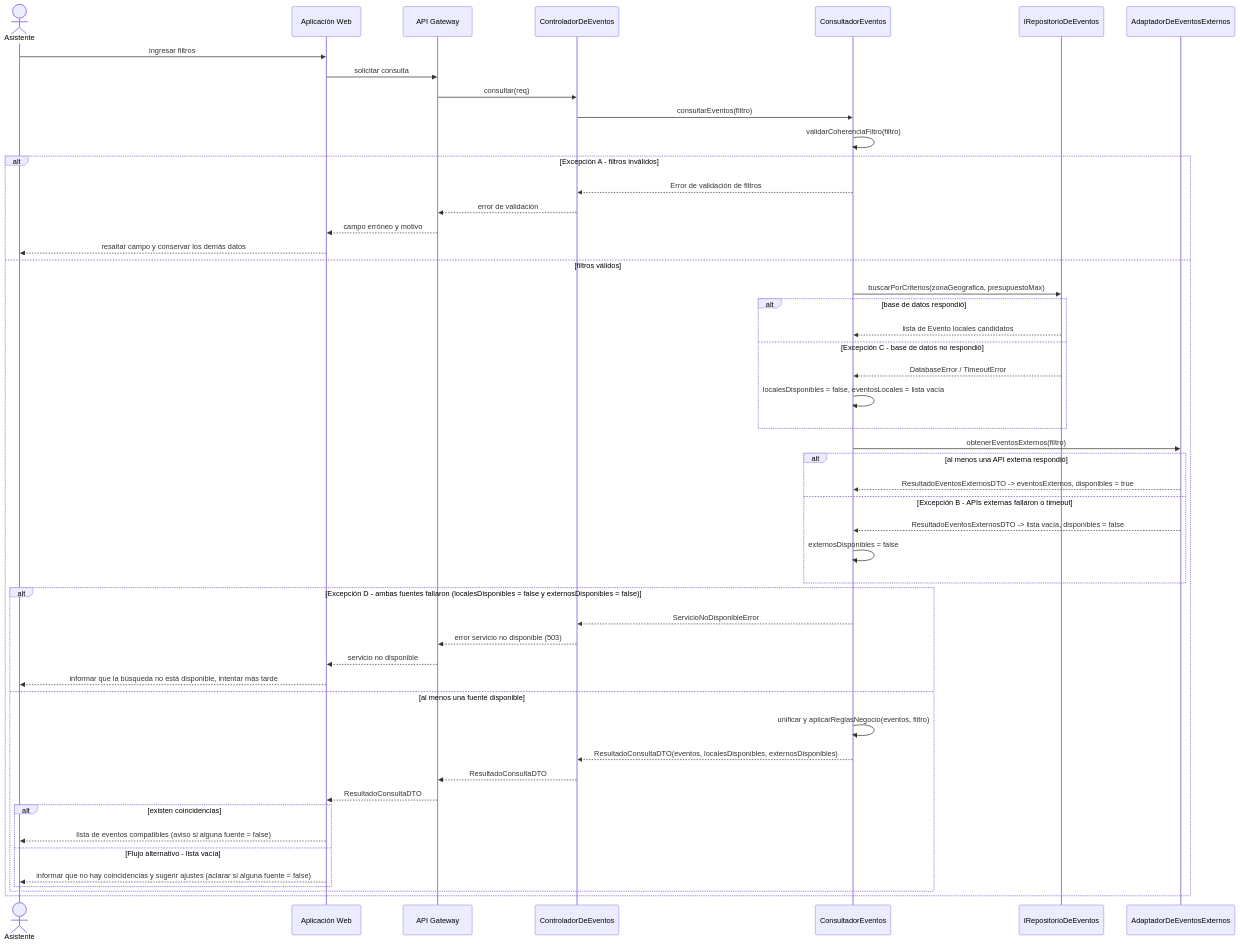
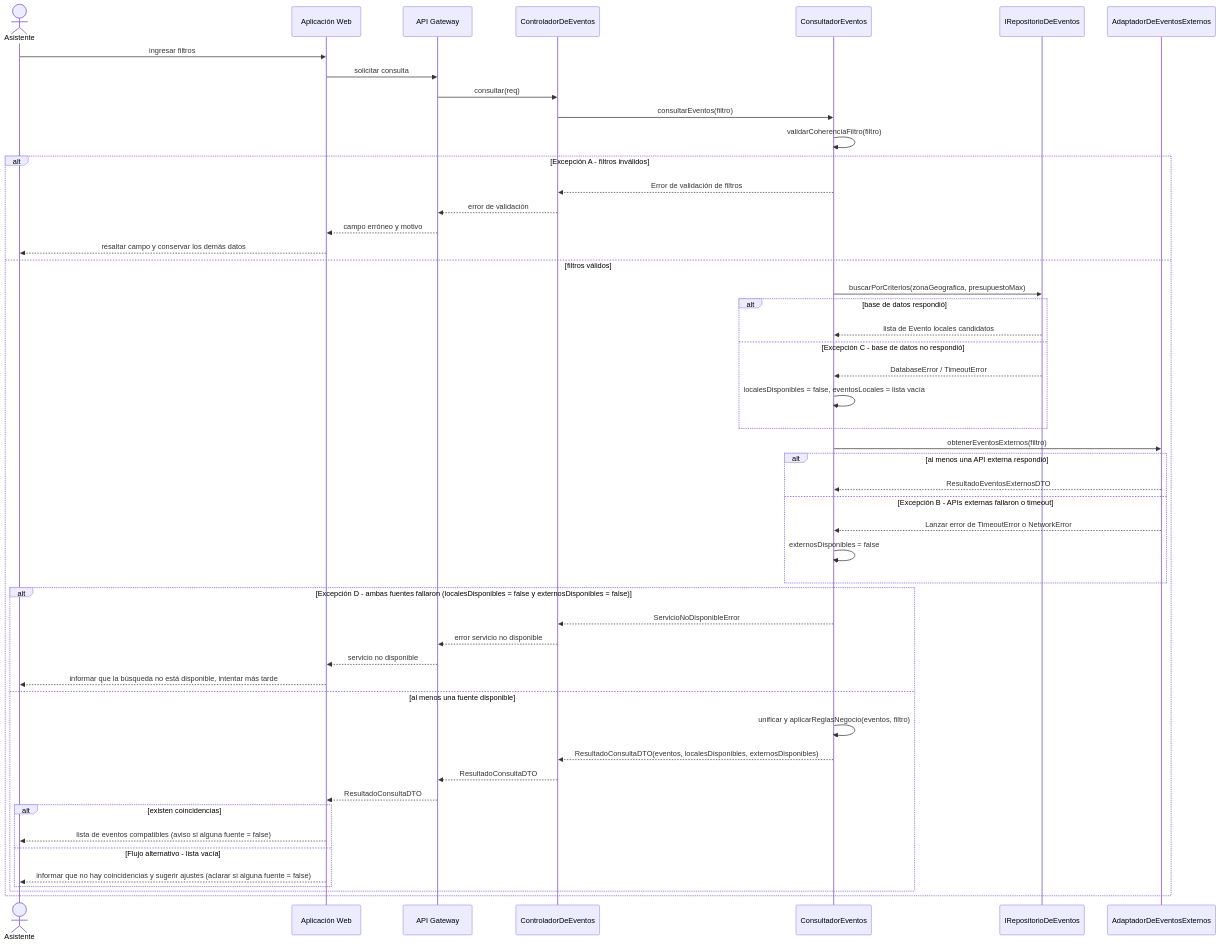
One commit to ProyectPlanning/Sistema_de_eventos changed the second of 2 diagrams in mermeids.md. Above: the diagram before and after it, drawn with Mermaid.

Commit message:
Refine error handling for external API responses
Updated error handling and response messages for external APIs in mermeids.md.

````diff
--- a/mermeids.md
+++ b/mermeids.md
@@ -87,59 +87,59 @@
 ```mermaid
 sequenceDiagram
     actor U as Asistente
     participant WEB as Aplicación Web
     participant GW as API Gateway
     participant CE as ControladorDeEventos
     participant CO as ConsultadorEventos
     participant REP as IRepositorioDeEventos
     participant EXT as AdaptadorDeEventosExternos
 
     U->>WEB: ingresar filtros
     WEB->>GW: solicitar consulta
     GW->>CE: consultar(req)
     CE->>CO: consultarEventos(filtro)
     CO->>CO: validarCoherenciaFiltro(filtro)
 
     alt Excepción A - filtros inválidos
         CO-->>CE: Error de validación de filtros
         CE-->>GW: error de validación
         GW-->>WEB: campo erróneo y motivo
         WEB-->>U: resaltar campo y conservar los demás datos
     else filtros válidos
         CO->>REP: buscarPorCriterios(zonaGeografica, presupuestoMax)
 
         alt base de datos respondió
             REP-->>CO: lista de Evento locales candidatos
         else Excepción C - base de datos no respondió
             REP-->>CO: DatabaseError / TimeoutError
             CO->>CO: localesDisponibles = false, eventosLocales = lista vacía
         end
 
         CO->>EXT: obtenerEventosExternos(filtro)
 
         alt al menos una API externa respondió
-            EXT-->>CO: ResultadoEventosExternosDTO -> eventosExternos, disponibles = true
+            EXT-->>CO: ResultadoEventosExternosDTO 
         else Excepción B - APIs externas fallaron o timeout
-            EXT-->>CO: ResultadoEventosExternosDTO -> lista vacía, disponibles = false
+            EXT-->>CO: Lanzar error de TimeoutError o NetworkError
             CO->>CO: externosDisponibles = false
         end
 
         alt Excepción D - ambas fuentes fallaron (localesDisponibles = false y externosDisponibles = false)
             CO-->>CE: ServicioNoDisponibleError
-            CE-->>GW: error servicio no disponible (503)
+            CE-->>GW: error servicio no disponible 
             GW-->>WEB: servicio no disponible
             WEB-->>U: informar que la búsqueda no está disponible, intentar más tarde
         else al menos una fuente disponible
             CO->>CO: unificar y aplicarReglasNegocio(eventos, filtro)
             CO-->>CE: ResultadoConsultaDTO(eventos, localesDisponibles, externosDisponibles)
             CE-->>GW: ResultadoConsultaDTO
             GW-->>WEB: ResultadoConsultaDTO
 
             alt existen coincidencias
                 WEB-->>U: lista de eventos compatibles (aviso si alguna fuente = false)
             else Flujo alternativo - lista vacía
                 WEB-->>U: informar que no hay coincidencias y sugerir ajustes (aclarar si alguna fuente = false)
             end
         end
     end
 ```
````
